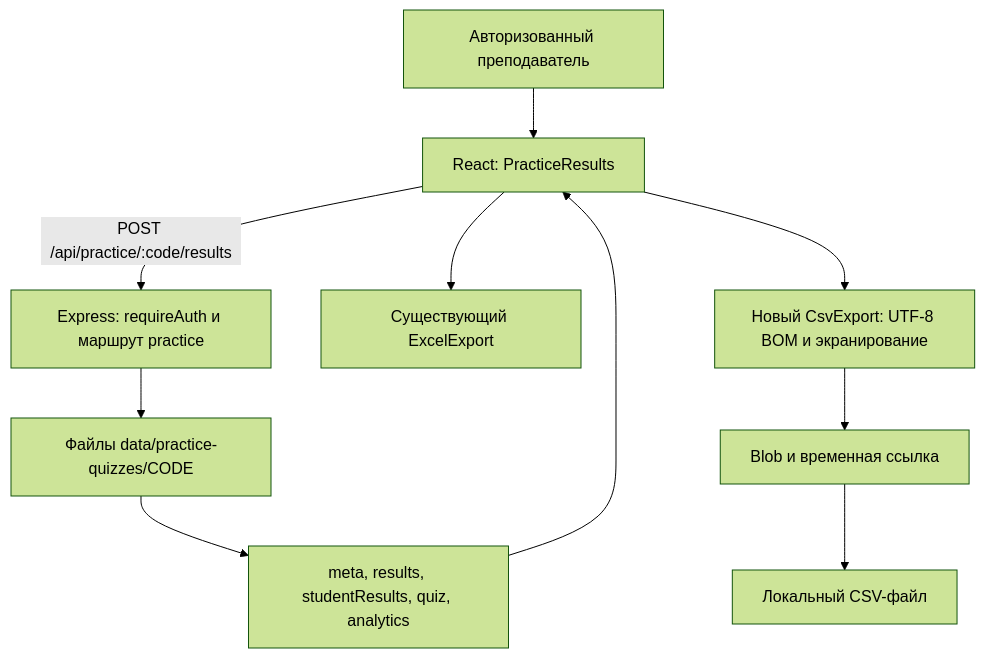
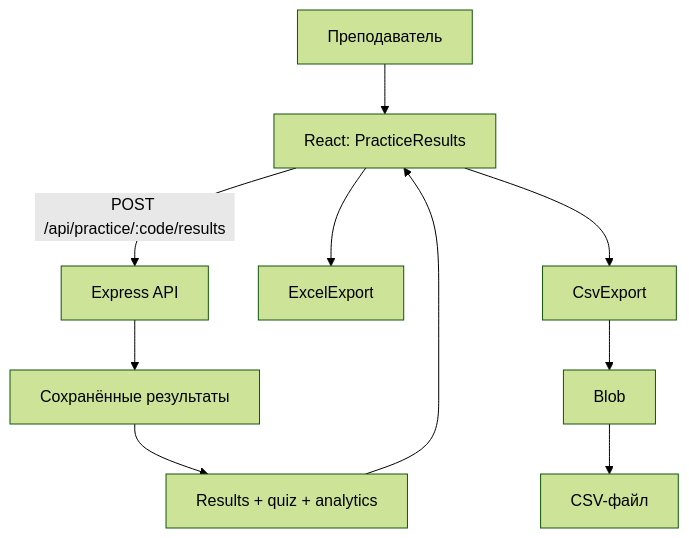
One commit to LyoshaGodX/quizzle-csv-export-report changed the second of 2 diagrams in README.md. Above: the diagram before and after it, drawn with Mermaid (forest theme). The commit also changed other lines of this file, not shown here.

````diff
--- a/README.md
+++ b/README.md
@@ -149,12 +125,12 @@
 ```mermaid
 flowchart TD
-    trainer[Авторизованный преподаватель] --> page[React: PracticeResults]
-    page -->|POST /api/practice/:code/results| api[Express: requireAuth и маршрут practice]
-    api --> files[Файлы data/practice-quizzes/CODE]
-    files --> payload[meta, results, studentResults, quiz, analytics]
+    trainer[Преподаватель] --> page[React: PracticeResults]
+    page -->|POST /api/practice/:code/results| api[Express API]
+    api --> files[Сохранённые результаты]
+    files --> payload[Results + quiz + analytics]
     payload --> page
-    page --> excel[Существующий ExcelExport]
-    page --> csv[Новый CsvExport: UTF-8 BOM и экранирование]
-    csv --> blob[Blob и временная ссылка]
-    blob --> download[Локальный CSV-файл]
+    page --> excel[ExcelExport]
+    page --> csv[CsvExport]
+    csv --> blob[Blob]
+    blob --> download[CSV-файл]
 ```
````
